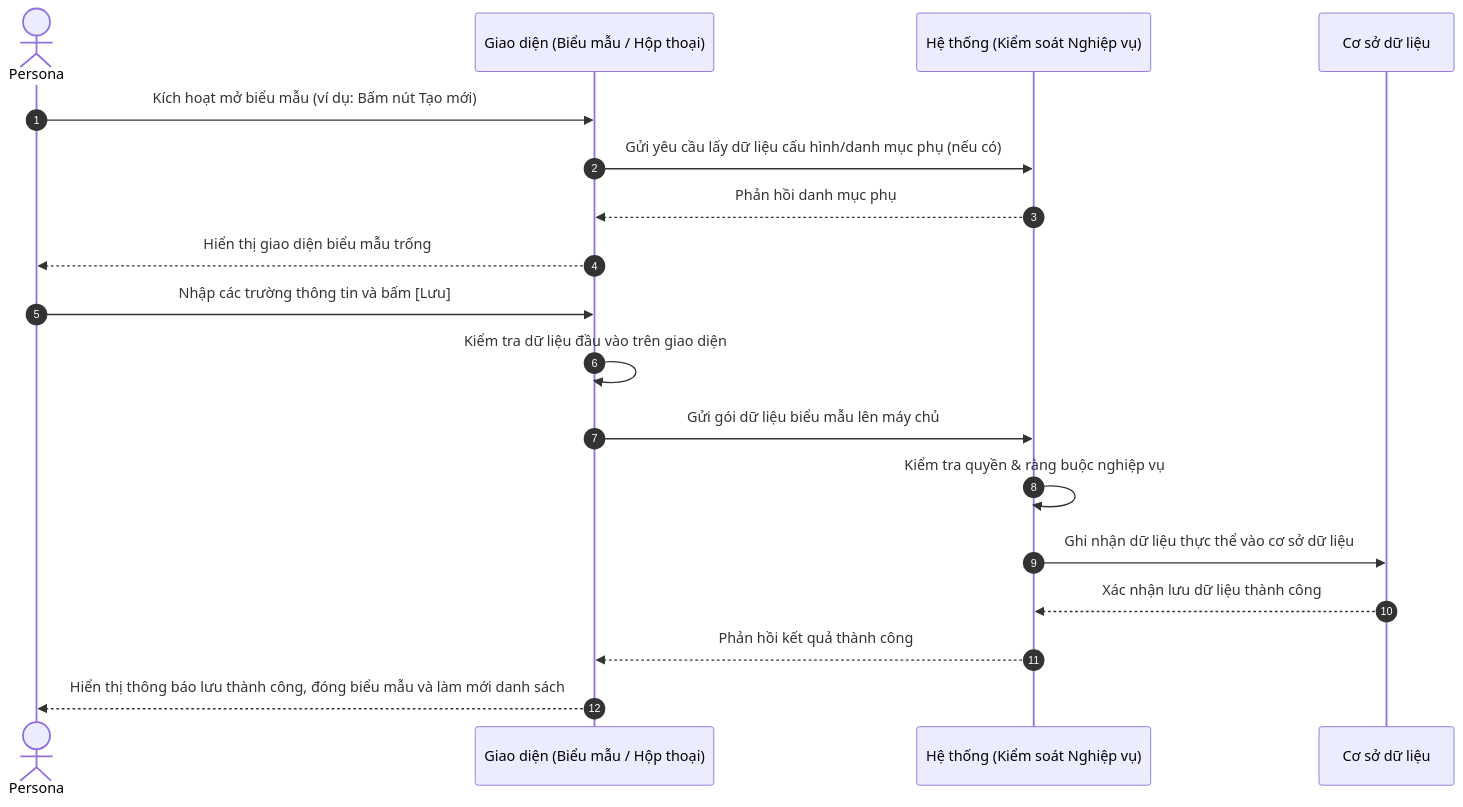
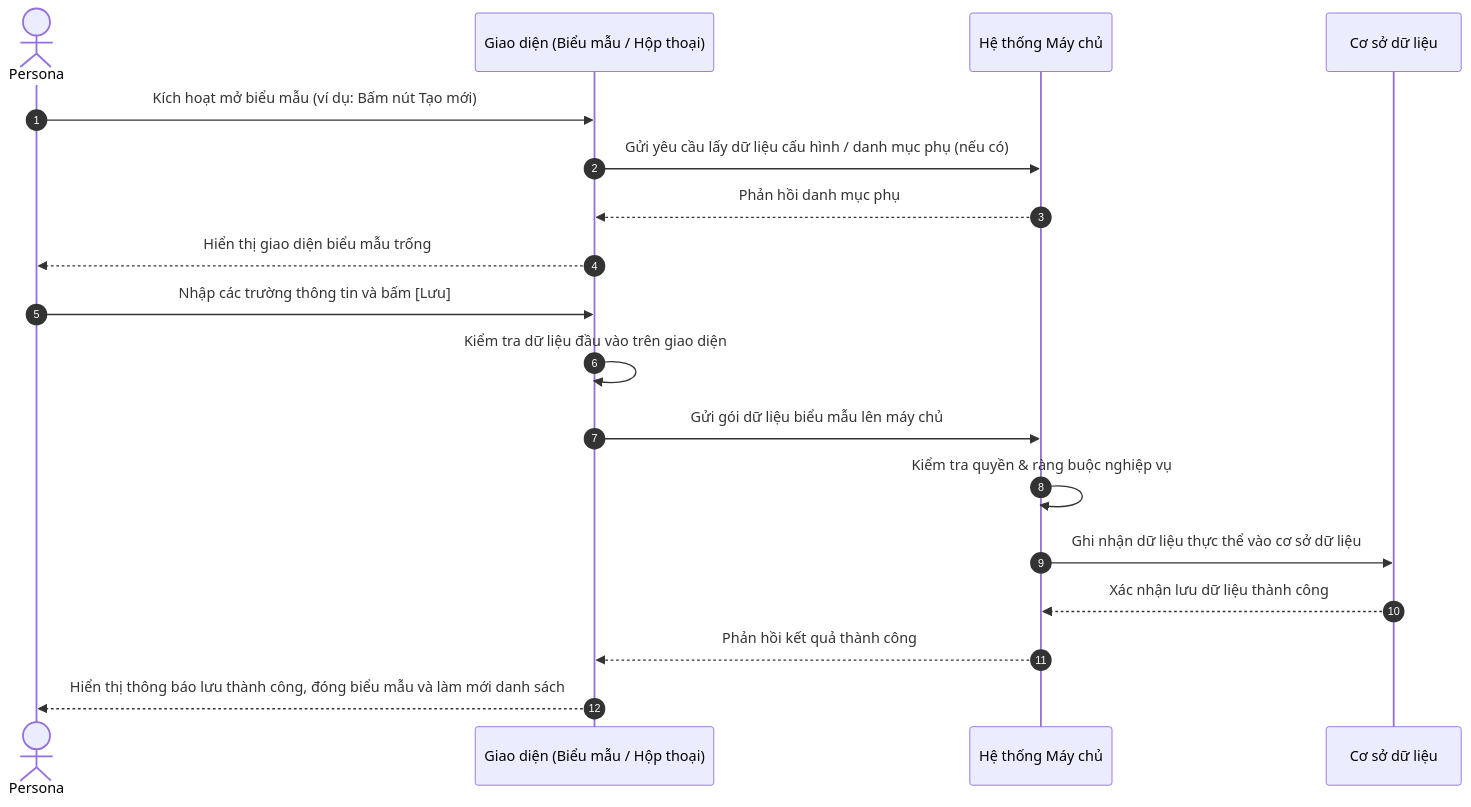
Before and after one commit to Gasyone/rinov5-station: the diagram in docs/templates/TEMPLATE-US-FORM.md, drawn with Mermaid. The commit also changed other lines of this file and 40 other files, not shown here.

````diff
--- a/docs/templates/TEMPLATE-US-FORM.md
+++ b/docs/templates/TEMPLATE-US-FORM.md
@@ -55,21 +41,21 @@
 ```mermaid
 sequenceDiagram
     autonumber
     actor U as Persona
     participant F as Giao diện (Biểu mẫu / Hộp thoại)
-    participant S as Hệ thống (Kiểm soát Nghiệp vụ)
+    participant S as Hệ thống Máy chủ
     participant DB as Cơ sở dữ liệu
 
     U->>F: Kích hoạt mở biểu mẫu (ví dụ: Bấm nút Tạo mới)
-    F->>S: Gửi yêu cầu lấy dữ liệu cấu hình/danh mục phụ (nếu có)
+    F->>S: Gửi yêu cầu lấy dữ liệu cấu hình / danh mục phụ (nếu có)
     S-->>F: Phản hồi danh mục phụ
     F-->>U: Hiển thị giao diện biểu mẫu trống
     U->>F: Nhập các trường thông tin và bấm [Lưu]
     F->>F: Kiểm tra dữ liệu đầu vào trên giao diện
     F->>S: Gửi gói dữ liệu biểu mẫu lên máy chủ
     S->>S: Kiểm tra quyền & ràng buộc nghiệp vụ
     S->>DB: Ghi nhận dữ liệu thực thể vào cơ sở dữ liệu
     DB-->>S: Xác nhận lưu dữ liệu thành công
     S-->>F: Phản hồi kết quả thành công
     F-->>U: Hiển thị thông báo lưu thành công, đóng biểu mẫu và làm mới danh sách
 ```
````
